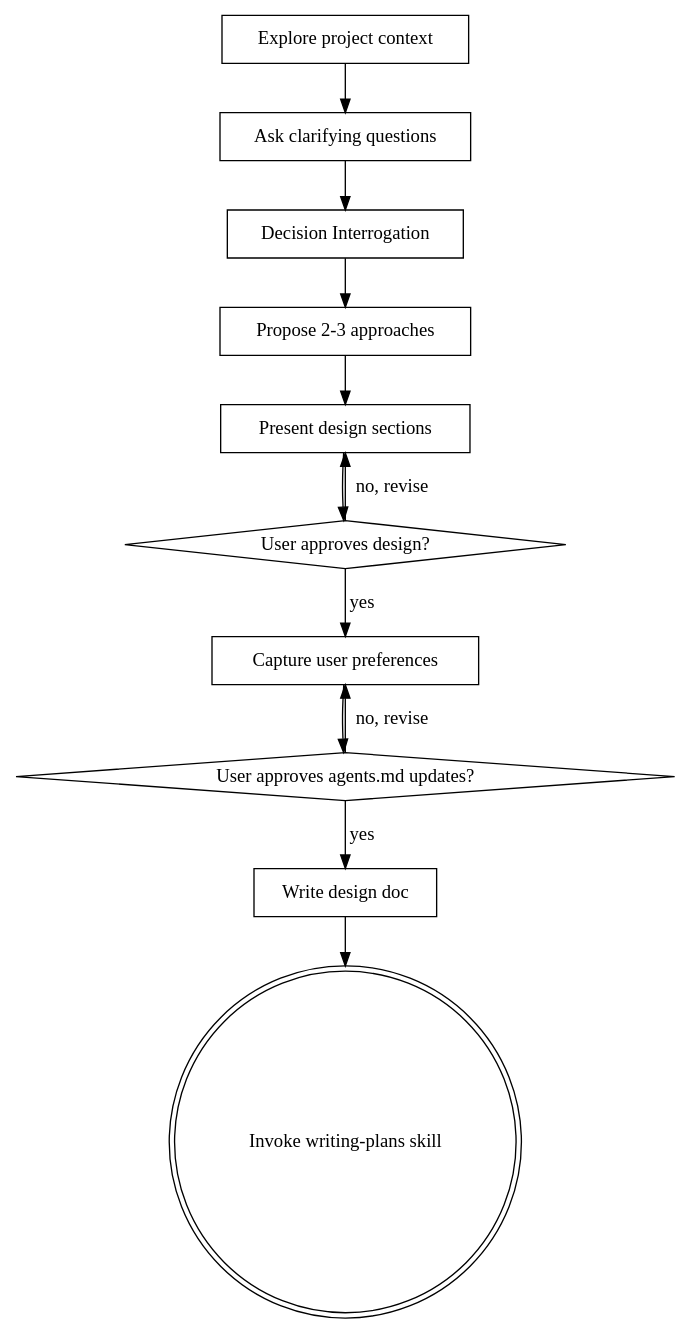
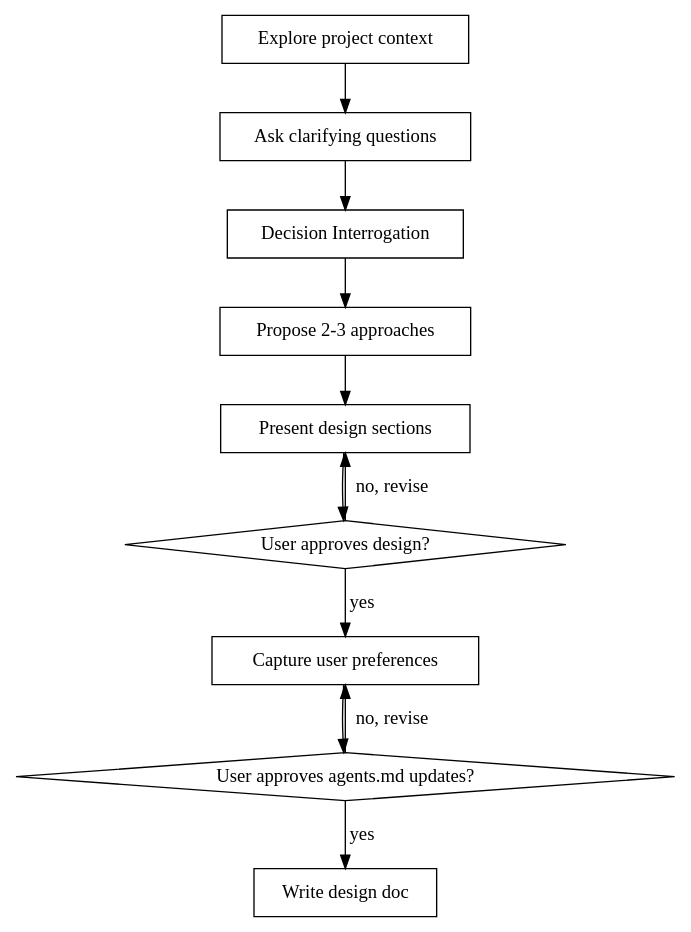
One commit to aaryan-rampal/superpowers changed the diagram in skills/brainstorming/SKILL.md. Above: the diagram before and after it, drawn with Graphviz. The commit also changed other lines of this file and 5 other files, not shown here.

````diff
--- a/skills/brainstorming/SKILL.md
+++ b/skills/brainstorming/SKILL.md
@@ -37,26 +35,24 @@
 ```dot
 digraph brainstorming {
     "Explore project context" [shape=box];
     "Ask clarifying questions" [shape=box];
     "Decision Interrogation" [shape=box];
     "Propose 2-3 approaches" [shape=box];
     "Present design sections" [shape=box];
     "User approves design?" [shape=diamond];
     "Capture user preferences" [shape=box];
     "User approves agents.md updates?" [shape=diamond];
     "Write design doc" [shape=box];
-    "Invoke writing-plans skill" [shape=doublecircle];
 
     "Explore project context" -> "Ask clarifying questions";
     "Ask clarifying questions" -> "Decision Interrogation";
     "Decision Interrogation" -> "Propose 2-3 approaches";
     "Propose 2-3 approaches" -> "Present design sections";
     "Present design sections" -> "User approves design?";
     "User approves design?" -> "Present design sections" [label="no, revise"];
     "User approves design?" -> "Capture user preferences" [label="yes"];
     "Capture user preferences" -> "User approves agents.md updates?";
     "User approves agents.md updates?" -> "Capture user preferences" [label="no, revise"];
     "User approves agents.md updates?" -> "Write design doc" [label="yes"];
-    "Write design doc" -> "Invoke writing-plans skill";
 }
 ```
````
